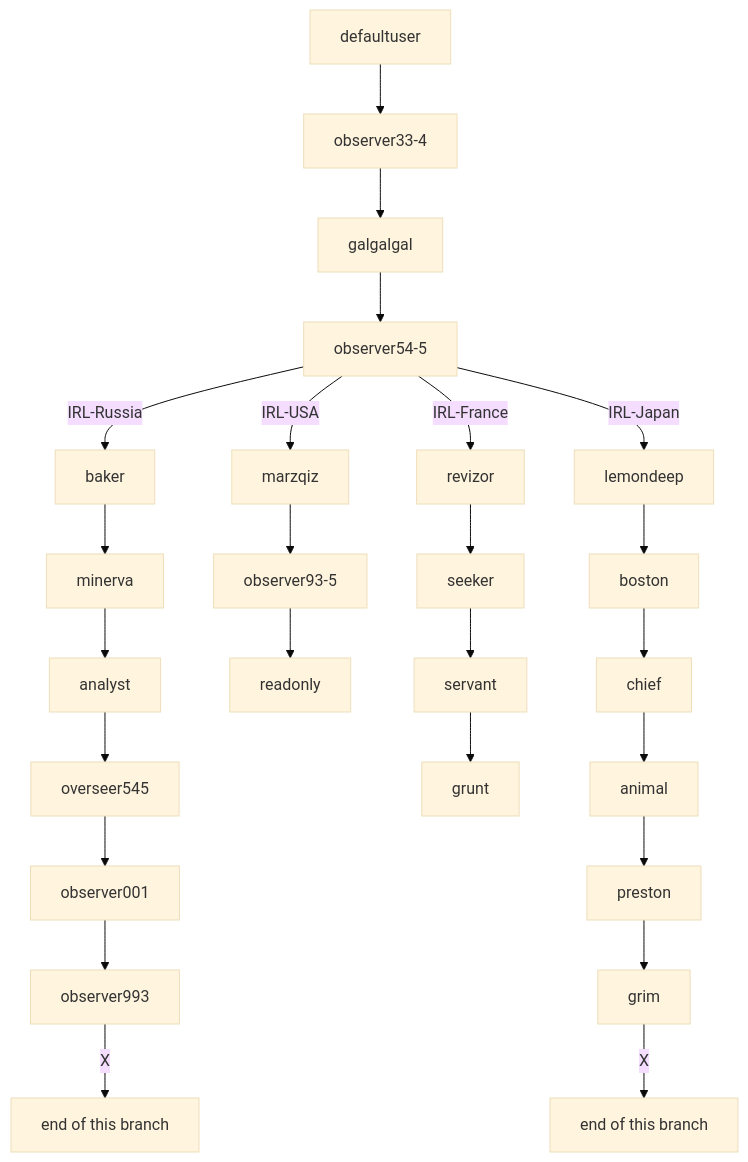
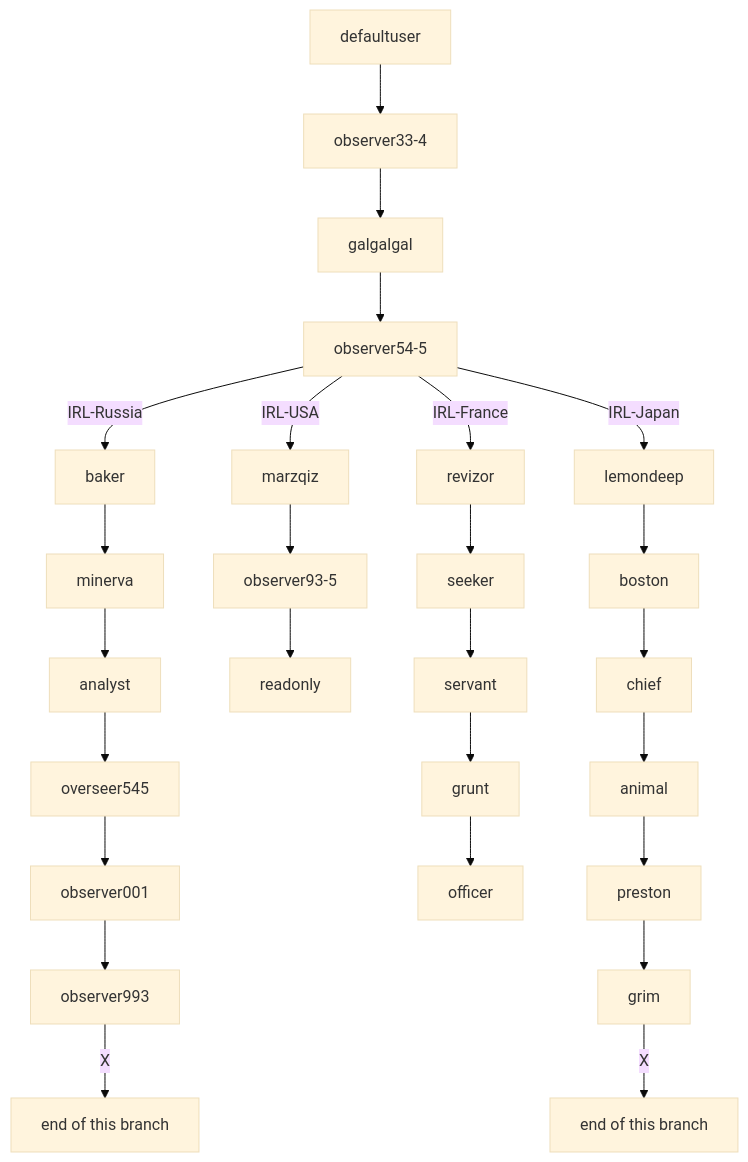
One commit to Philsie/ARRS-documentation changed the diagram in README.md. Above: the diagram before and after it, drawn with Mermaid (base theme). The commit also changed other lines of this file, not shown here.

Commit message:
add officer details

````diff
--- a/README.md
+++ b/README.md
@@ -41,31 +41,32 @@
 ```mermaid
 graph TD;
     defaultuser --> observer33-4;
     observer33-4 --> galgalgal;
     galgalgal --> observer54-5;
 
     observer54-5 --IRL-Russia--> baker;
     baker --> minerva;
     minerva --> analyst;
     analyst --> overseer545;
     overseer545 --> observer001;
     observer001 --> observer993;
     observer993 --X--> russiaEnd["end of this branch"];
 
     observer54-5 --IRL-USA--> marzqiz;
     marzqiz --> observer93-5;
     observer93-5 --> readonly;
 
     observer54-5 --IRL-France--> revizor;
     revizor --> seeker;
     seeker --> servant;
     servant --> grunt;
+    grunt --> officer;
 
     observer54-5 --IRL-Japan--> lemondeep;
     lemondeep --> boston;
     boston --> chief;
     chief --> animal;
     animal --> preston;
     preston --> grim;
     grim --X--> japanEnd["end of this branch"];
 ```
````
